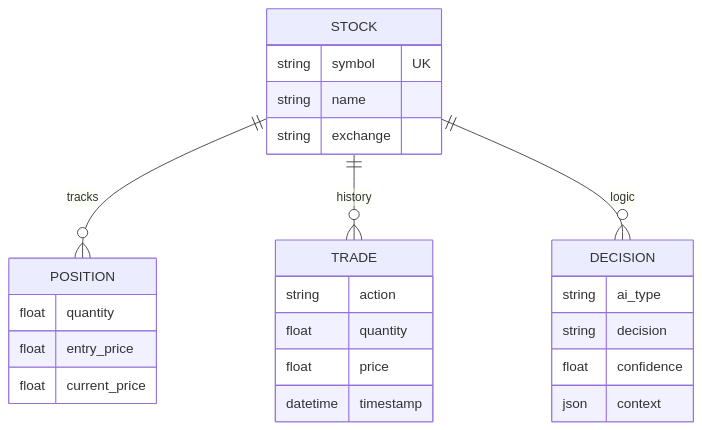
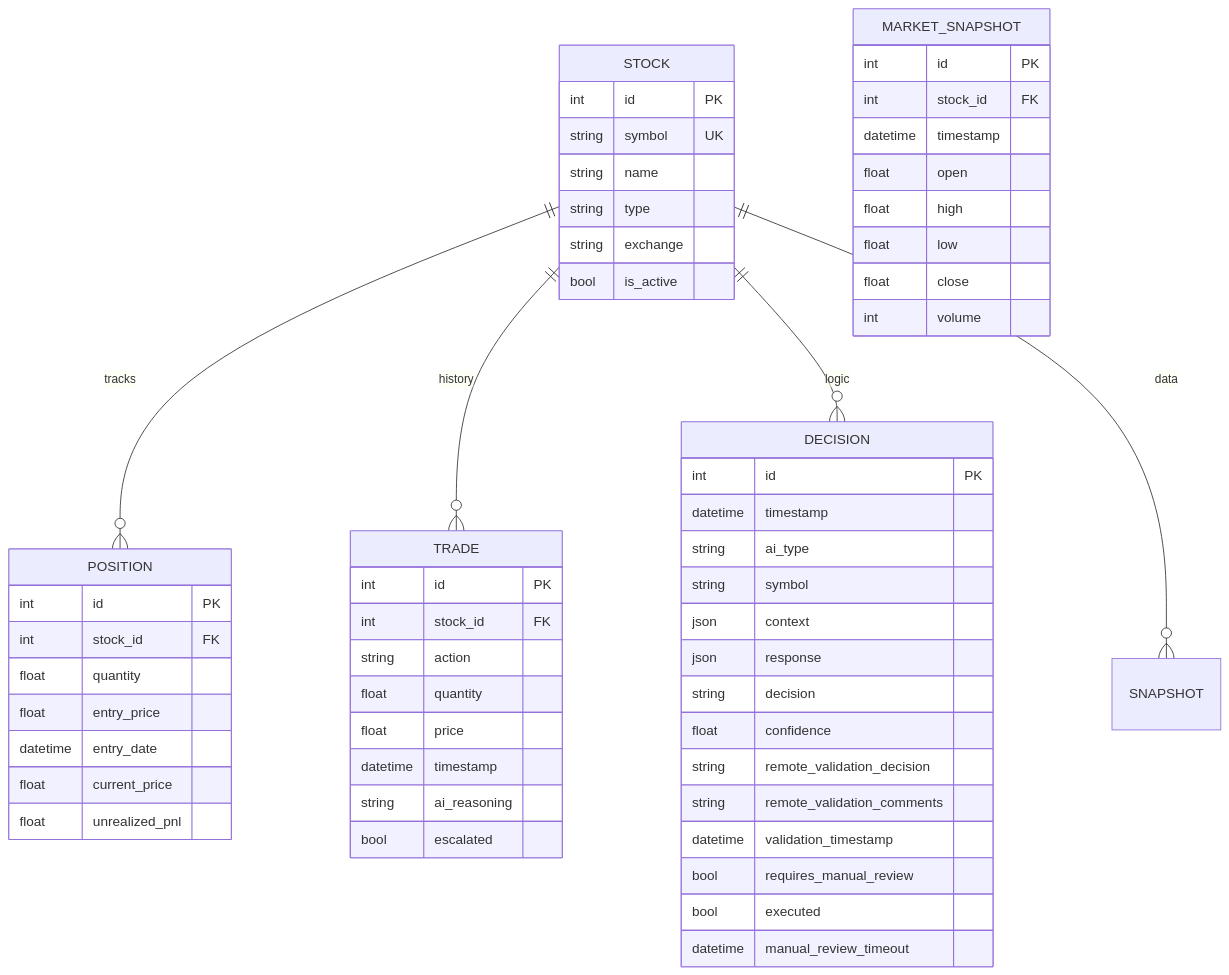
Before and after one commit to psylsph/ai-stock-trader: the fourth of 4 diagrams in DESIGN.md, drawn with Mermaid. The commit also changed other lines of this file and 8 other files, not shown here.

````diff
--- a/DESIGN.md
+++ b/DESIGN.md
@@ -168,29 +179,61 @@
 ```mermaid
 erDiagram
     STOCK ||--o{ POSITION : tracks
     STOCK ||--o{ TRADE : history
     STOCK ||--o{ DECISION : logic
-    
+    STOCK ||--o{ SNAPSHOT : data
+
     STOCK {
+        int id PK
         string symbol UK
         string name
+        string type
         string exchange
+        bool is_active
     }
     POSITION {
+        int id PK
+        int stock_id FK
         float quantity
         float entry_price
+        datetime entry_date
         float current_price
+        float unrealized_pnl
     }
     TRADE {
+        int id PK
+        int stock_id FK
         string action
         float quantity
         float price
         datetime timestamp
+        string ai_reasoning
+        bool escalated
+    }
+    MARKET_SNAPSHOT {
+        int id PK
+        int stock_id FK
+        datetime timestamp
+        float open
+        float high
+        float low
+        float close
+        int volume
     }
     DECISION {
+        int id PK
+        datetime timestamp
         string ai_type
+        string symbol
+        json context
+        json response
         string decision
         float confidence
-        json context
+        string remote_validation_decision
+        string remote_validation_comments
+        datetime validation_timestamp
+        bool requires_manual_review
+        bool executed
+        datetime manual_review_timeout
     }
 ```
````
